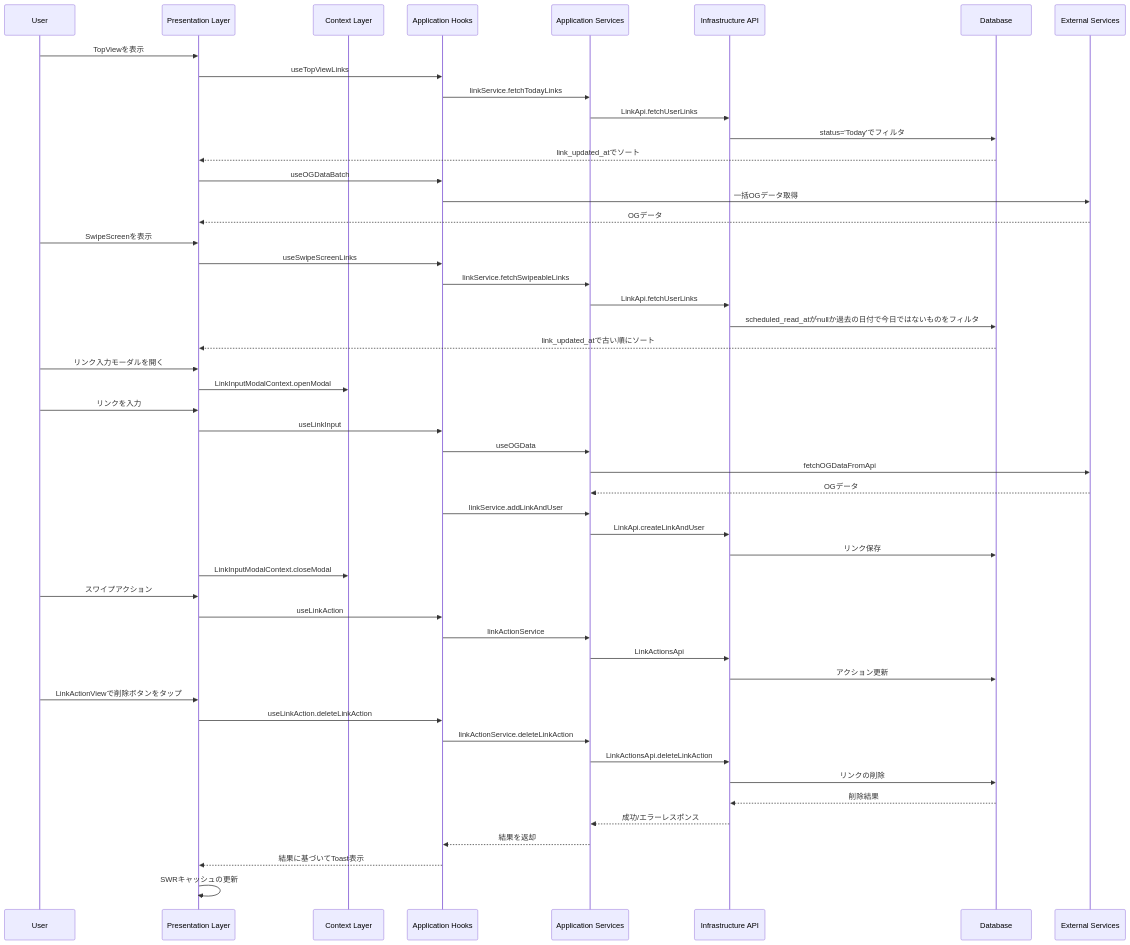
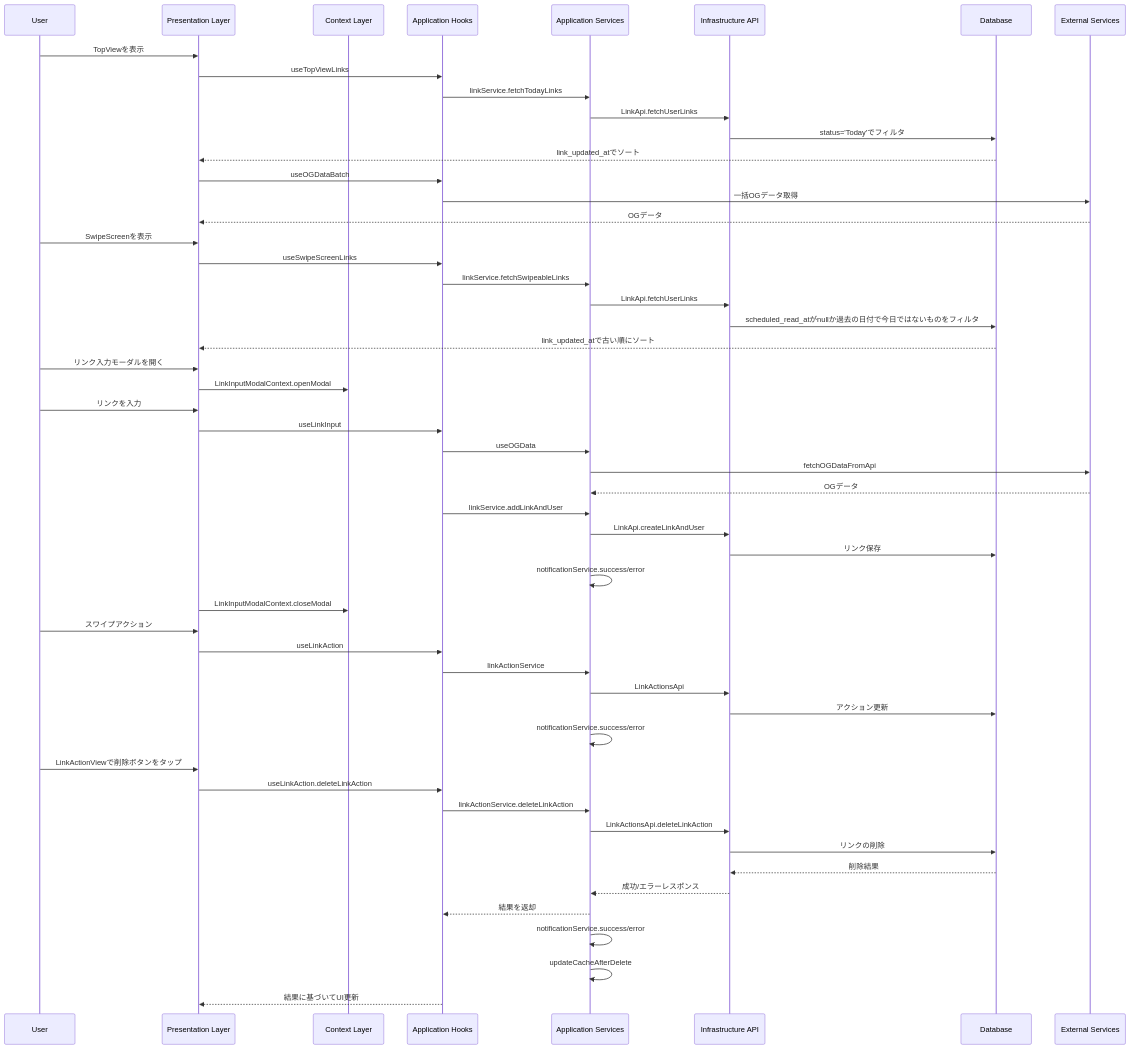
The second of 2 diagrams in feature/links/docs/architecture.md (sooom1627/Linpe), drawn with Mermaid before and after one commit. The commit also changed other lines of this file and 3 other files, not shown here.

````diff
--- a/feature/links/docs/architecture.md
+++ b/feature/links/docs/architecture.md
@@ -121,62 +123,65 @@
 ```mermaid
 sequenceDiagram
     participant User
     participant UI as Presentation Layer
     participant Context as Context Layer
     participant Hook as Application Hooks
     participant Service as Application Services
     participant API as Infrastructure API
     participant DB as Database
     participant External as External Services
 
     %% リンク一覧表示フロー（TopView）
     User->>UI: TopViewを表示
     UI->>Hook: useTopViewLinks
     Hook->>Service: linkService.fetchTodayLinks
     Service->>API: LinkApi.fetchUserLinks
     API->>DB: status='Today'でフィルタ
     DB-->>UI: link_updated_atでソート
     UI->>Hook: useOGDataBatch
     Hook->>External: 一括OGデータ取得
     External-->>UI: OGデータ
 
     %% スワイプ画面表示フロー
     User->>UI: SwipeScreenを表示
     UI->>Hook: useSwipeScreenLinks
     Hook->>Service: linkService.fetchSwipeableLinks
     Service->>API: LinkApi.fetchUserLinks
     API->>DB: scheduled_read_atがnullか過去の日付で今日ではないものをフィルタ
     DB-->>UI: link_updated_atで古い順にソート
 
     %% リンク入力フロー
     User->>UI: リンク入力モーダルを開く
     UI->>Context: LinkInputModalContext.openModal
     User->>UI: リンクを入力
     UI->>Hook: useLinkInput
     Hook->>Service: useOGData
     Service->>External: fetchOGDataFromApi
     External-->>Service: OGデータ
     Hook->>Service: linkService.addLinkAndUser
     Service->>API: LinkApi.createLinkAndUser
     API->>DB: リンク保存
+    Service->>Service: notificationService.success/error
     UI->>Context: LinkInputModalContext.closeModal
 
     %% スワイプアクション
     User->>UI: スワイプアクション
     UI->>Hook: useLinkAction
     Hook->>Service: linkActionService
     Service->>API: LinkActionsApi
     API->>DB: アクション更新
+    Service->>Service: notificationService.success/error
 
     %% リンク削除フロー
     User->>UI: LinkActionViewで削除ボタンをタップ
     UI->>Hook: useLinkAction.deleteLinkAction
     Hook->>Service: linkActionService.deleteLinkAction
     Service->>API: LinkActionsApi.deleteLinkAction
     API->>DB: リンクの削除
     DB-->>API: 削除結果
     API-->>Service: 成功/エラーレスポンス
     Service-->>Hook: 結果を返却
-    Hook-->>UI: 結果に基づいてToast表示
-    UI->>UI: SWRキャッシュの更新
+    Service->>Service: notificationService.success/error
+    Service->>Service: updateCacheAfterDelete
+    Hook-->>UI: 結果に基づいてUI更新
 ```
````
